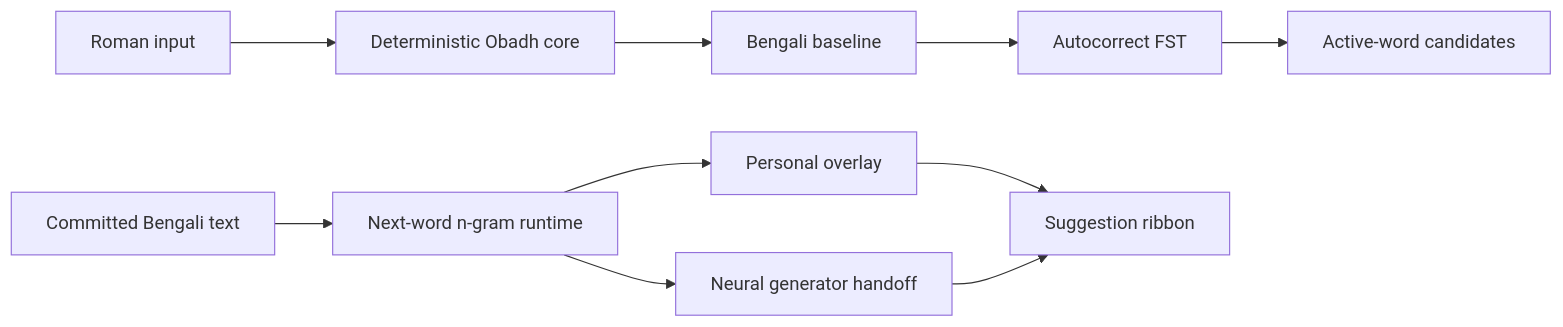
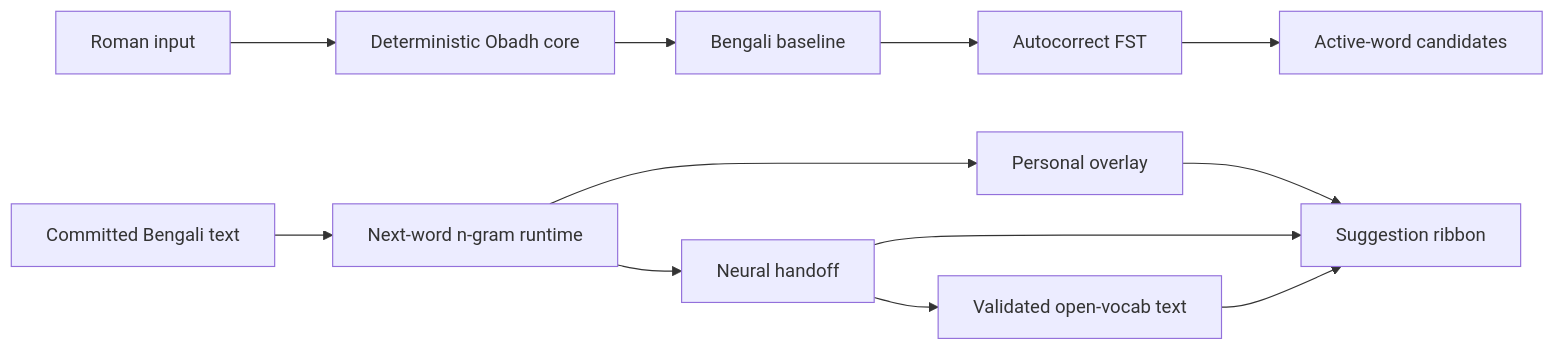
Before and after one commit to nsssayom/obadh_engine: the diagram in README.md, drawn with Mermaid. The commit also changed other lines of this file and 12 other files, not shown here.

Commit message:
Release v0.6.0 open-vocab autosuggest SDK

````diff
--- a/README.md
+++ b/README.md
@@ -104,12 +105,14 @@
 ```mermaid
 flowchart LR
   R[Roman input] --> D[Deterministic Obadh core]
   D --> B[Bengali baseline]
   B --> C[Autocorrect FST]
   C --> W[Active-word candidates]
   T[Committed Bengali text] --> N[Next-word n-gram runtime]
   N --> P[Personal overlay]
-  N --> G[Neural generator handoff]
+  N --> G[Neural handoff]
+  G --> O[Validated open-vocab text]
   P --> S[Suggestion ribbon]
   G --> S
+  O --> S
 ```
````
